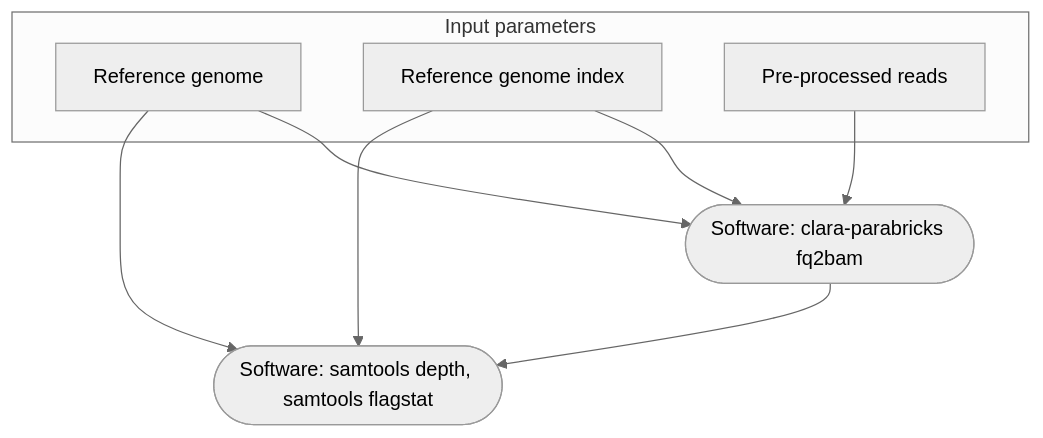
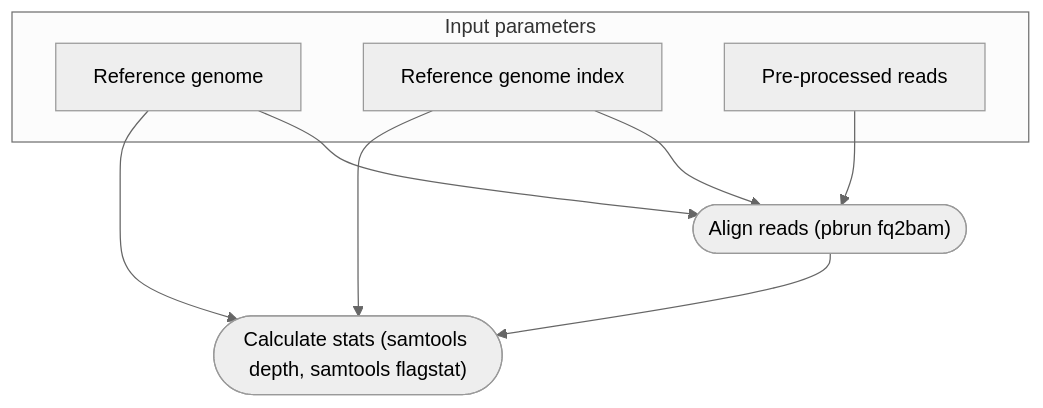
Before and after one commit to EcoEvoGenomics/genotyping_pipeline: the second of 2 diagrams in README.md, drawn with Mermaid (neutral theme). The commit also changed other lines of this file, not shown here.

Commit message:
Update Step 1 / 2 mermaid diagrams

````diff
--- a/README.md
+++ b/README.md
@@ -92,16 +92,16 @@
 ```mermaid
 flowchart TB
    subgraph "Input parameters"
    v2["Reference genome"]
    v3["Reference genome index"]
    v0["Pre-processed reads"]
    end
-   v4(["Software: clara-parabricks fq2bam"])
-   v6(["Software: samtools depth, samtools flagstat"])
+   v4(["Align reads (pbrun fq2bam)"])
+   v6(["Calculate stats (samtools depth, samtools flagstat)"])
    v0 --> v4
    v2 --> v4
    v3 --> v4
    v2 --> v6
    v3 --> v6
    v4 --> v6
 ```
````
